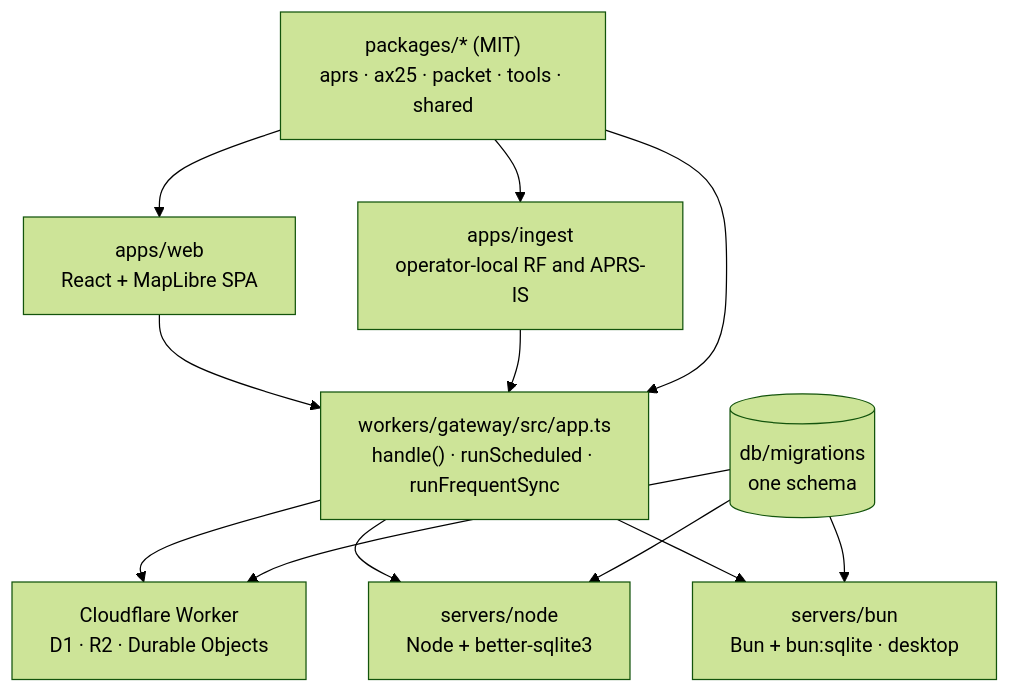
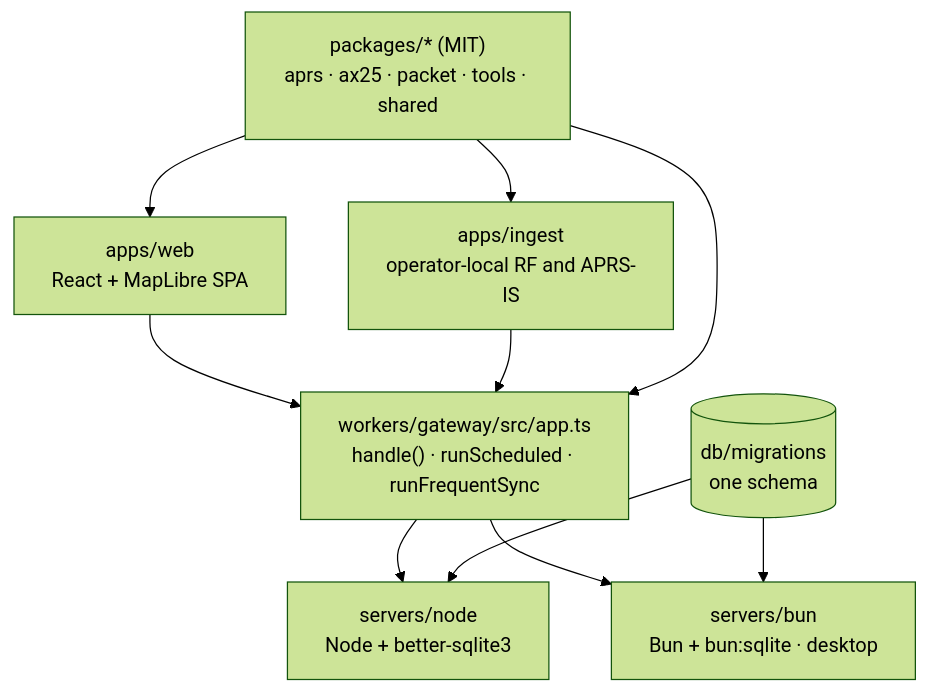
The diagram in docs/contribute/architecture.md (apachler/aprscaching), drawn with Mermaid (forest theme) before and after one commit. The commit also changed other lines of this file and 164 other files, not shown here.

````diff
--- a/docs/contribute/architecture.md
+++ b/docs/contribute/architecture.md
@@ -9,22 +9,19 @@
 ```mermaid
 flowchart TB
   web["apps/web<br/>React + MapLibre SPA"]
   ingest["apps/ingest<br/>operator-local RF and APRS-IS"]
   app["workers/gateway/src/app.ts<br/>handle() · runScheduled · runFrequentSync"]
-  worker["Cloudflare Worker<br/>D1 · R2 · Durable Objects"]
   node["servers/node<br/>Node + better-sqlite3"]
   bun["servers/bun<br/>Bun + bun:sqlite · desktop"]
   db[("db/migrations<br/>one schema")]
   pkgs["packages/* (MIT)<br/>aprs · ax25 · packet · tools · shared"]
   web --> app
   ingest --> app
-  app --> worker
   app --> node
   app --> bun
-  db --> worker
   db --> node
   db --> bun
   pkgs --> web
   pkgs --> ingest
   pkgs --> app
 ```
````
